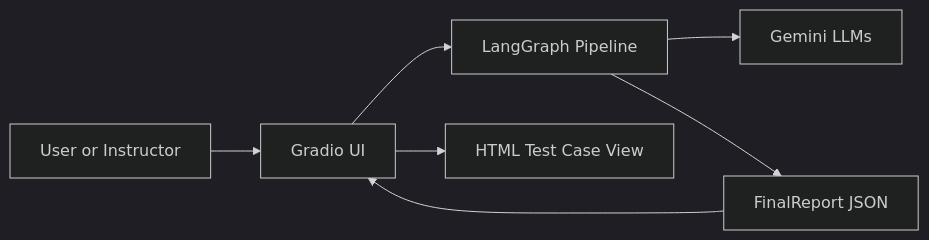
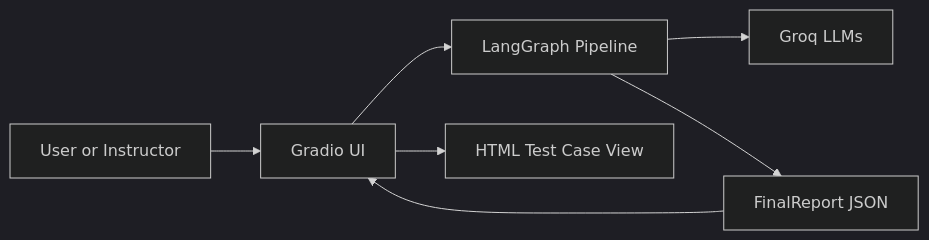
One commit to Aditya002500/test_case_generation changed the first of 9 diagrams in Synopsis.md. Above: the diagram before and after it, drawn with Mermaid (dark theme). The commit also changed other lines of this file and 10347 other files, not shown here.

````diff
--- a/Synopsis.md
+++ b/Synopsis.md
@@ -365,9 +365,9 @@
 ```mermaid
 flowchart LR
     User[User or Instructor] --> UI[Gradio UI]
     UI --> Pipeline[LangGraph Pipeline]
-    Pipeline --> LLMs[Gemini LLMs]
+    Pipeline --> LLMs[Groq LLMs]
     Pipeline --> Report[FinalReport JSON]
     Report --> UI
     UI --> Viewer[HTML Test Case View]
 ```
````
